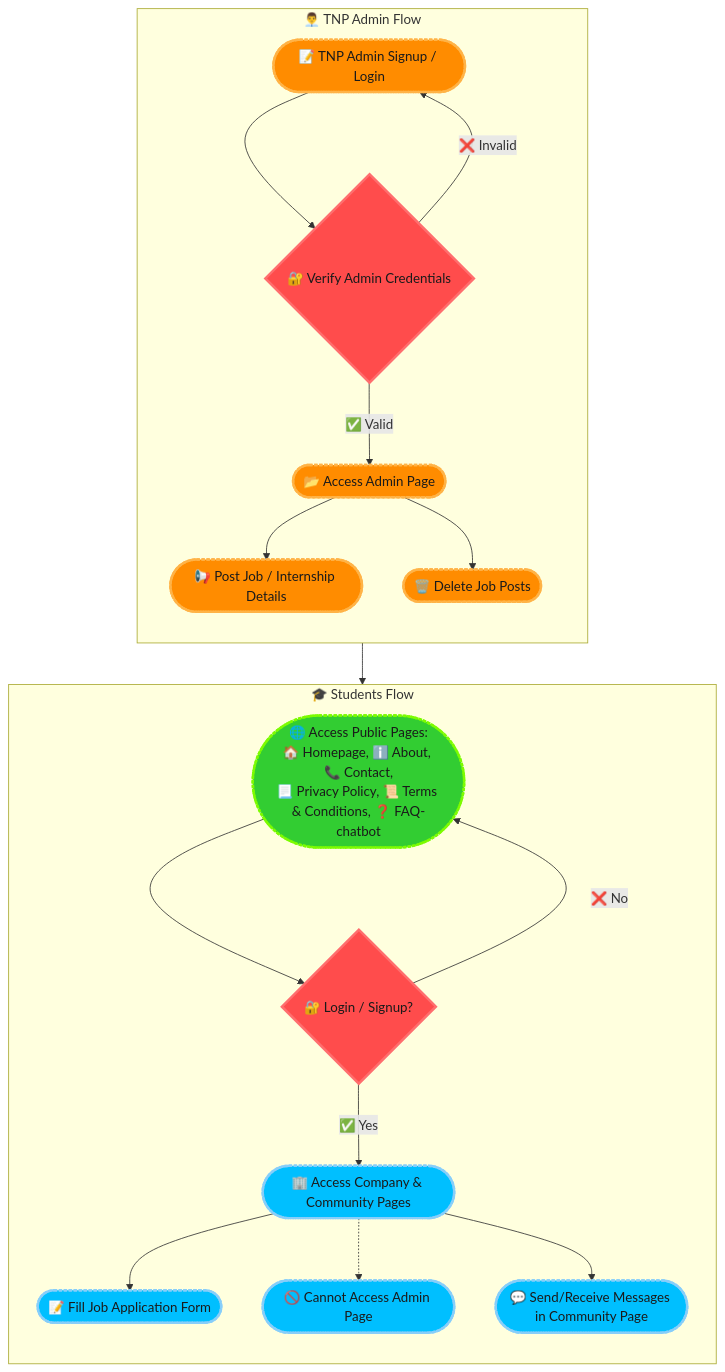
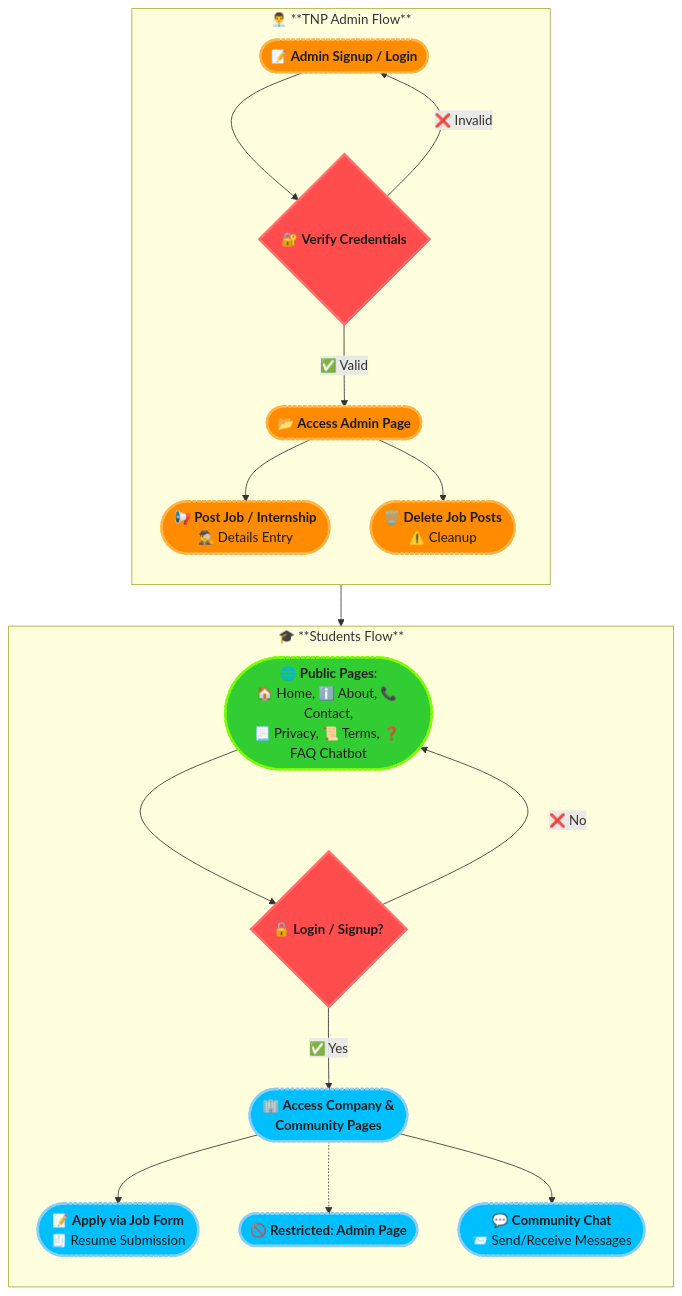
One commit to deepak-pandey1/BPIT-CareerHub changed the diagram in README.md. Above: the diagram before and after it, drawn with Mermaid.

````diff
--- a/README.md
+++ b/README.md
@@ -9,35 +9,34 @@
 ```mermaid
 graph TD
-    %% Define styles for dark theme with rounded corners and subtle shadows
+    %% Define styles
     classDef adminNode fill:#ff8c00,stroke:#ffb347,stroke-width:3px,color:#1a1a1a,stroke-dasharray:4 2,round
     classDef studentNode fill:#00bfff,stroke:#87cefa,stroke-width:3px,color:#1a1a1a,stroke-dasharray:4 2,round
     classDef publicNode fill:#32cd32,stroke:#7cfc00,stroke-width:3px,color:#1a1a1a,stroke-dasharray:4 2,round
     classDef decisionNode fill:#ff4c4c,stroke:#ff6e6e,stroke-width:3px,color:#1a1a1a
 
     %% TNP Admin Flow
-    subgraph TNP_Admin["👨‍💼 TNP Admin Flow"]
+    subgraph TNP_Admin["👨‍💼 **TNP Admin Flow**"]
         direction TB
-        A1([📝 TNP Admin Signup / Login]):::adminNode --> B1{🔐 Verify Admin Credentials}:::decisionNode
-        B1 -->|✅ Valid| C1([📂 Access Admin Page]):::adminNode
+        A1([📝 <b>Admin Signup / Login</b>]):::adminNode --> B1{🔐 <b>Verify Credentials</b>}:::decisionNode
+        B1 -->|✅ Valid| C1([📂 <b>Access Admin Page</b>]):::adminNode
         B1 -->|❌ Invalid| A1
-        C1 --> D1([📢 Post Job / Internship Details]):::adminNode
-        C1 --> E1([🗑️ Delete Job Posts]):::adminNode
+        C1 --> D1([📢 <b>Post Job / Internship</b><br>🕵️‍♂️ Details Entry]):::adminNode
+        C1 --> E1([🗑️ <b>Delete Job Posts</b><br>⚠️ Cleanup]):::adminNode
     end
 
     %% Students Flow
-    subgraph Students["🎓 Students Flow"]
+    subgraph Students["🎓 **Students Flow**"]
         direction TB
-        F1([🌐 Access Public Pages:<br>🏠 Homepage, ℹ️ About, 📞 Contact,<br>📃 Privacy Policy, 📜 Terms & Conditions, ❓ FAQ-chatbot]):::publicNode --> G1{🔐 Login / Signup?}:::decisionNode
-        G1 -->|✅ Yes| H1([🏢 Access Company & Community Pages]):::studentNode
+        F1([🌐 <b>Public Pages</b>:<br>🏠 Home, ℹ️ About, 📞 Contact,<br>📃 Privacy, 📜 Terms, ❓ FAQ Chatbot]):::publicNode --> G1{🔓 <b>Login / Signup?</b>}:::decisionNode
+        G1 -->|✅ Yes| H1([🏢 <b>Access Company &<br>Community Pages</b>]):::studentNode
         G1 -->|❌ No| F1
 
-        H1 --> I1([📝 Fill Job Application Form]):::studentNode
-        H1 -.-> J1([🚫 Cannot Access Admin Page]):::studentNode
+        H1 --> I1([📝 <b>Apply via Job Form</b><br>🧾 Resume Submission]):::studentNode
+        H1 -.-> J1([🚫 <b>Restricted: Admin Page</b>]):::studentNode
 
-        %% Communication in Community Page
-        H1 --> L1([💬 Send/Receive Messages in Community Page]):::studentNode
+        H1 --> L1([💬 <b>Community Chat</b><br>📨 Send/Receive Messages]):::studentNode
         C1 --> L1
     end
 
 
 ```
````
